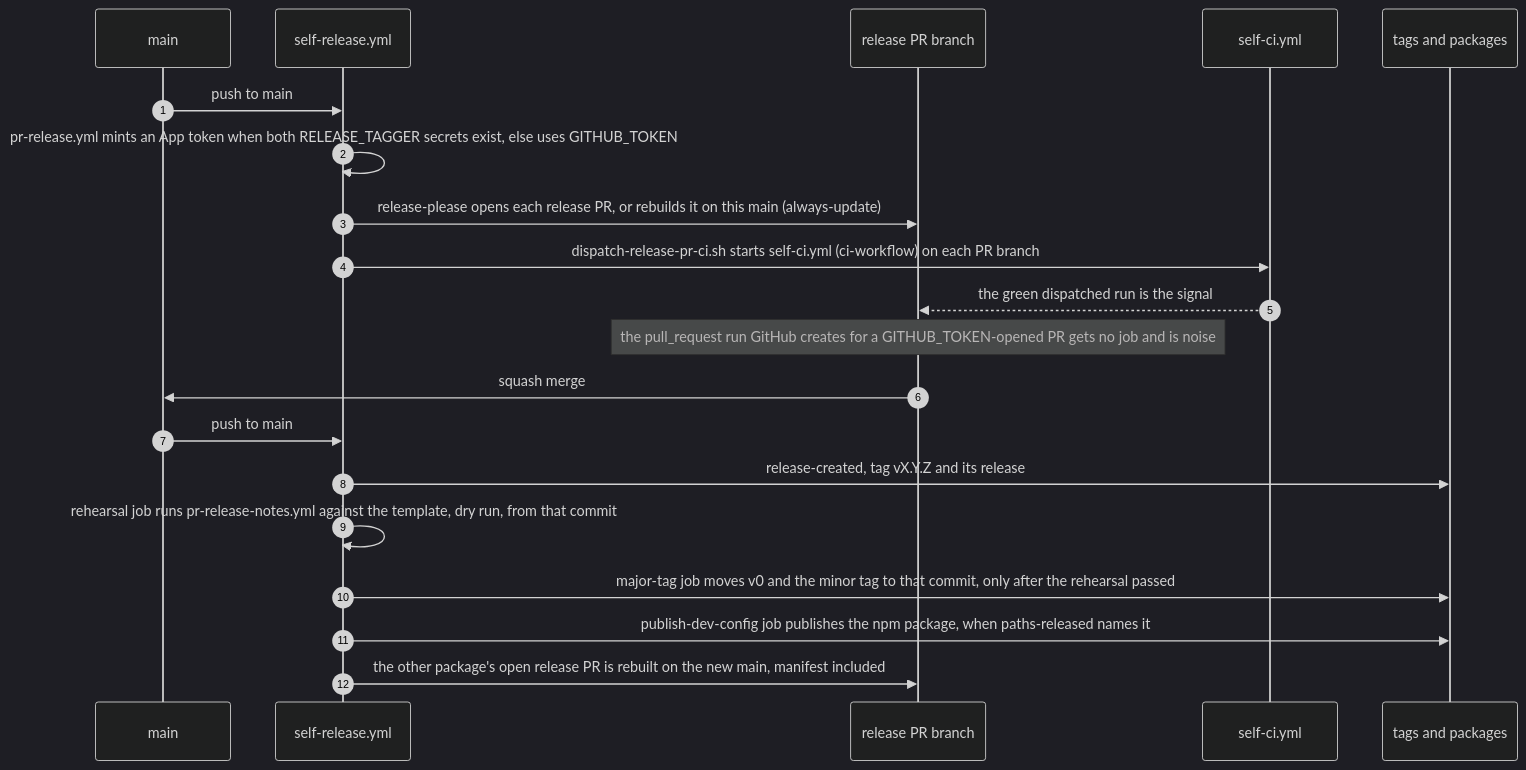
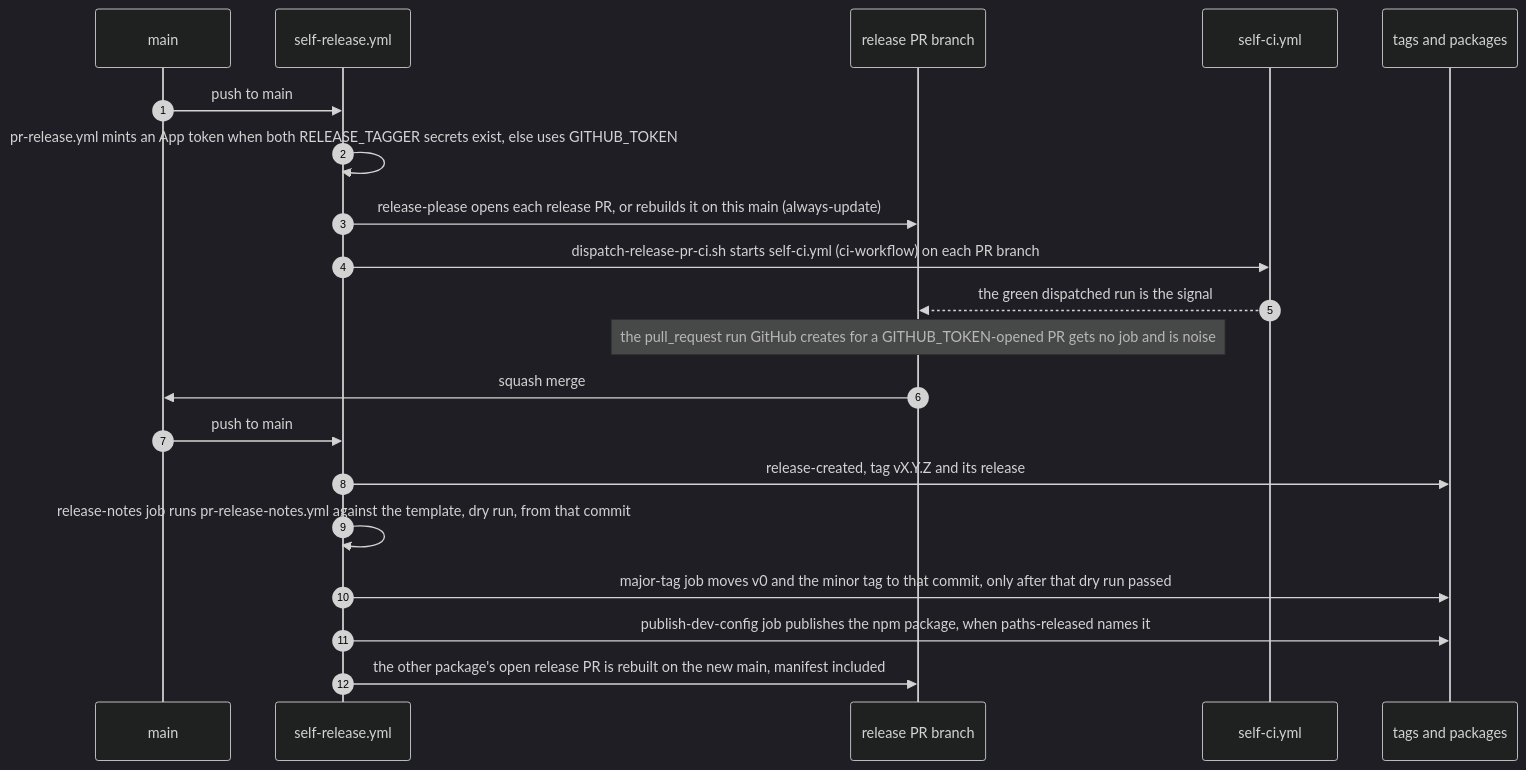
The diagram in AGENTS.md (blinkbitcoin/shared-workflows), drawn with Mermaid (dark theme) before and after one commit. The commit also changed other lines of this file and 14 other files, not shown here.

First line of the commit message:
ci(self): name the release notes dry run for what it does, not a rehearsal (#125)

````diff
--- a/AGENTS.md
+++ b/AGENTS.md
@@ -192,22 +192,22 @@
   ```mermaid
   sequenceDiagram
     autonumber
     participant main as main
     participant rel as self-release.yml
     participant pr as release PR branch
     participant ci as self-ci.yml
     participant tags as tags and packages
     main->>rel: push to main
     rel->>rel: pr-release.yml mints an App token when both RELEASE_TAGGER secrets exist, else uses GITHUB_TOKEN
     rel->>pr: release-please opens each release PR, or rebuilds it on this main (always-update)
     rel->>ci: dispatch-release-pr-ci.sh starts self-ci.yml (ci-workflow) on each PR branch
     ci-->>pr: the green dispatched run is the signal
     Note over pr: the pull_request run GitHub creates for a GITHUB_TOKEN-opened PR gets no job and is noise
     pr->>main: squash merge
     main->>rel: push to main
     rel->>tags: release-created, tag vX.Y.Z and its release
-    rel->>rel: rehearsal job runs pr-release-notes.yml against the template, dry run, from that commit
-    rel->>tags: major-tag job moves v0 and the minor tag to that commit, only after the rehearsal passed
+    rel->>rel: release-notes job runs pr-release-notes.yml against the template, dry run, from that commit
+    rel->>tags: major-tag job moves v0 and the minor tag to that commit, only after that dry run passed
     rel->>tags: publish-dev-config job publishes the npm package, when paths-released names it
     rel->>pr: the other package's open release PR is rebuilt on the new main, manifest included
   ```
````
